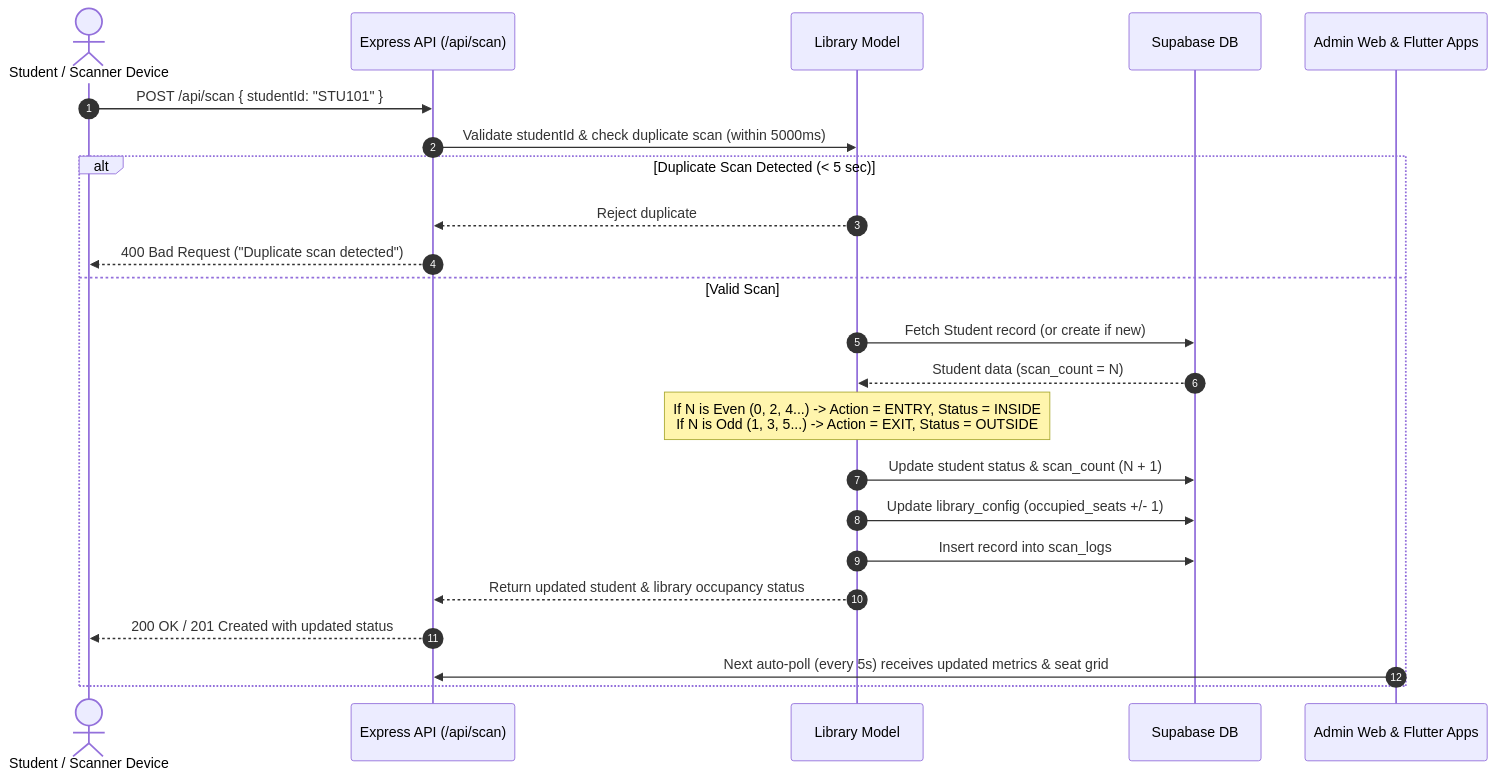
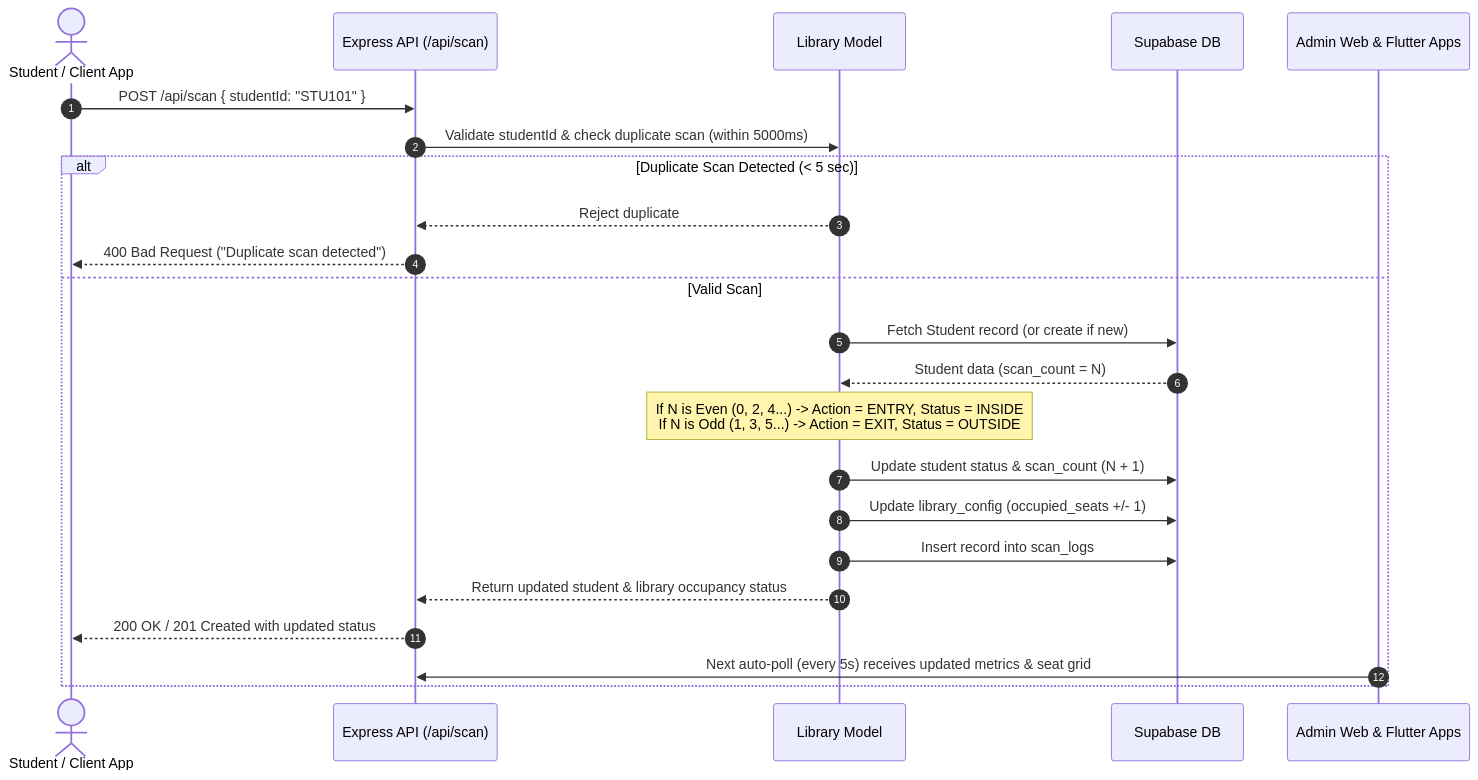
The second of 4 diagrams in Status Report/PROJECT_FLOW_AND_CODEBASE_ARCHITECTURE.md (Mk-D-01/Smart-Library), drawn with Mermaid before and after one commit. The commit also changed other lines of this file and 3 other files, not shown here.

First line of the commit message:
docs: update software-only setup and architecture

````diff
--- a/Status Report/PROJECT_FLOW_AND_CODEBASE_ARCHITECTURE.md
+++ b/Status Report/PROJECT_FLOW_AND_CODEBASE_ARCHITECTURE.md
@@ -47,26 +46,26 @@
 ```mermaid
 sequenceDiagram
     autonumber
-    actor Student as Student / Scanner Device
+    actor Student as Student / Client App
     participant API as Express API (/api/scan)
     participant Model as Library Model
     participant DB as Supabase DB
     participant Clients as Admin Web & Flutter Apps
 
     Student->>API: POST /api/scan { studentId: "STU101" }
     API->>Model: Validate studentId & check duplicate scan (within 5000ms)
     alt Duplicate Scan Detected (< 5 sec)
         Model-->>API: Reject duplicate
         API-->>Student: 400 Bad Request ("Duplicate scan detected")
     else Valid Scan
         Model->>DB: Fetch Student record (or create if new)
         DB-->>Model: Student data (scan_count = N)
         Note over Model: If N is Even (0, 2, 4...) -> Action = ENTRY, Status = INSIDE<br/>If N is Odd (1, 3, 5...) -> Action = EXIT, Status = OUTSIDE
         Model->>DB: Update student status & scan_count (N + 1)
         Model->>DB: Update library_config (occupied_seats +/- 1)
         Model->>DB: Insert record into scan_logs
         Model-->>API: Return updated student & library occupancy status
         API-->>Student: 200 OK / 201 Created with updated status
         Clients->>API: Next auto-poll (every 5s) receives updated metrics & seat grid
     end
 ```
````
